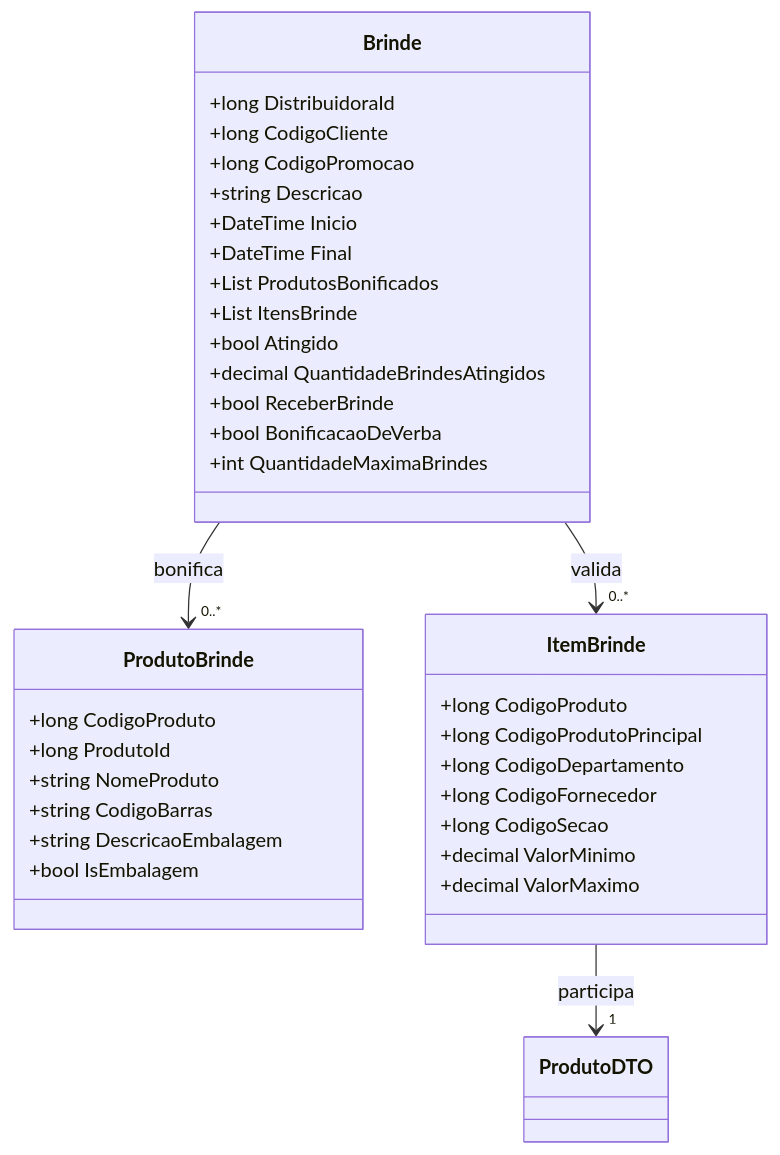
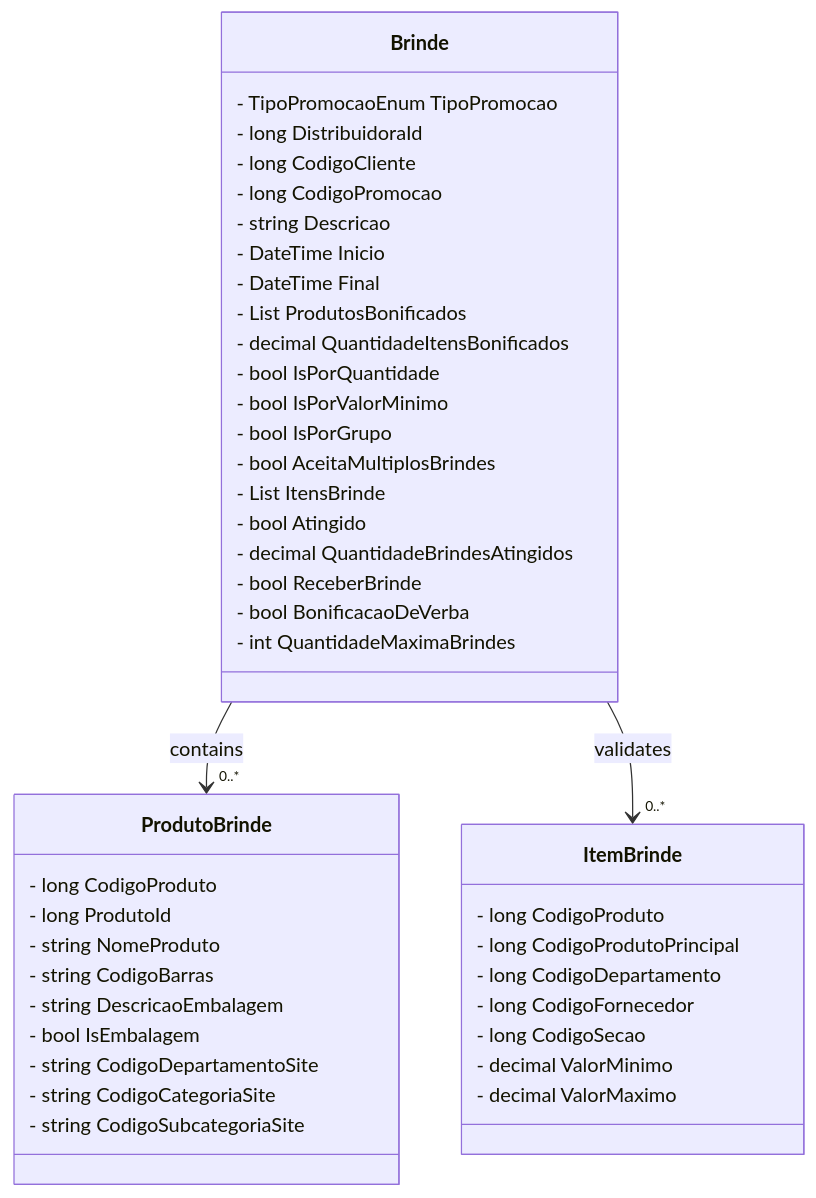
Before and after one commit to IsthmusSistemas/documentacao-tecnica: the second of 2 diagrams in docs/b2b-dominio/IsthmusWinthor.Nucleo/IsthmusWinthor.Dominio/POCO/Precos/Brinde.md, drawn with Mermaid. The commit also changed other lines of this file and 882 other files, not shown here.

````diff
--- a/docs/b2b-dominio/IsthmusWinthor.Nucleo/IsthmusWinthor.Dominio/POCO/Precos/Brinde.md
+++ b/docs/b2b-dominio/IsthmusWinthor.Nucleo/IsthmusWinthor.Dominio/POCO/Precos/Brinde.md
@@ -59,41 +53,46 @@
 ```mermaid
 classDiagram
     class Brinde {
-        +long DistribuidoraId
-        +long CodigoCliente
-        +long CodigoPromocao
-        +string Descricao
-        +DateTime Inicio
-        +DateTime Final
-        +List<ProdutoBrinde> ProdutosBonificados
-        +List<ItemBrinde> ItensBrinde
-        +bool Atingido
-        +decimal QuantidadeBrindesAtingidos
-        +bool ReceberBrinde
-        +bool BonificacaoDeVerba
-        +int QuantidadeMaximaBrindes
+        - TipoPromocaoEnum TipoPromocao
+        - long DistribuidoraId
+        - long CodigoCliente
+        - long CodigoPromocao
+        - string Descricao
+        - DateTime Inicio
+        - DateTime Final
+        - List<ProdutoBrinde> ProdutosBonificados
+        - decimal QuantidadeItensBonificados
+        - bool IsPorQuantidade
+        - bool IsPorValorMinimo
+        - bool IsPorGrupo
+        - bool AceitaMultiplosBrindes
+        - List<ItemBrinde> ItensBrinde
+        - bool Atingido
+        - decimal QuantidadeBrindesAtingidos
+        - bool ReceberBrinde
+        - bool BonificacaoDeVerba
+        - int QuantidadeMaximaBrindes
     }
-
     class ProdutoBrinde {
-        +long CodigoProduto
-        +long ProdutoId
-        +string NomeProduto
-        +string CodigoBarras
-        +string DescricaoEmbalagem
-        +bool IsEmbalagem
+        - long CodigoProduto
+        - long ProdutoId
+        - string NomeProduto
+        - string CodigoBarras
+        - string DescricaoEmbalagem
+        - bool IsEmbalagem
+        - string CodigoDepartamentoSite
+        - string CodigoCategoriaSite
+        - string CodigoSubcategoriaSite
     }
-
     class ItemBrinde {
-        +long CodigoProduto
-        +long CodigoProdutoPrincipal
-        +long CodigoDepartamento
-        +long CodigoFornecedor
-        +long CodigoSecao
-        +decimal ValorMinimo
-        +decimal ValorMaximo
+        - long CodigoProduto
+        - long CodigoProdutoPrincipal
+        - long CodigoDepartamento
+        - long CodigoFornecedor
+        - long CodigoSecao
+        - decimal ValorMinimo
+        - decimal ValorMaximo
     }
-
-    Brinde --> "0..*" ProdutoBrinde : bonifica
-    Brinde --> "0..*" ItemBrinde : valida
-    ItemBrinde --> "1" ProdutoDTO : participa
+    Brinde --> "0..*" ProdutoBrinde : contains
+    Brinde --> "0..*" ItemBrinde : validates
 ```
````
